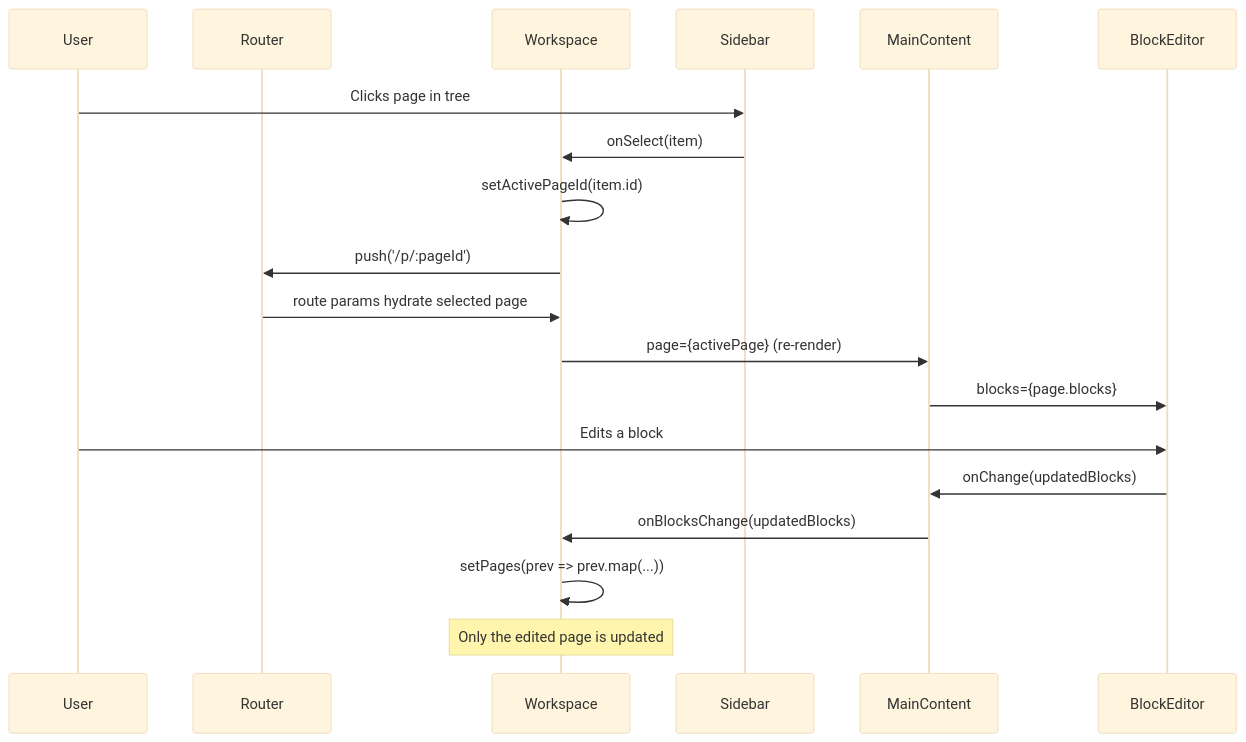
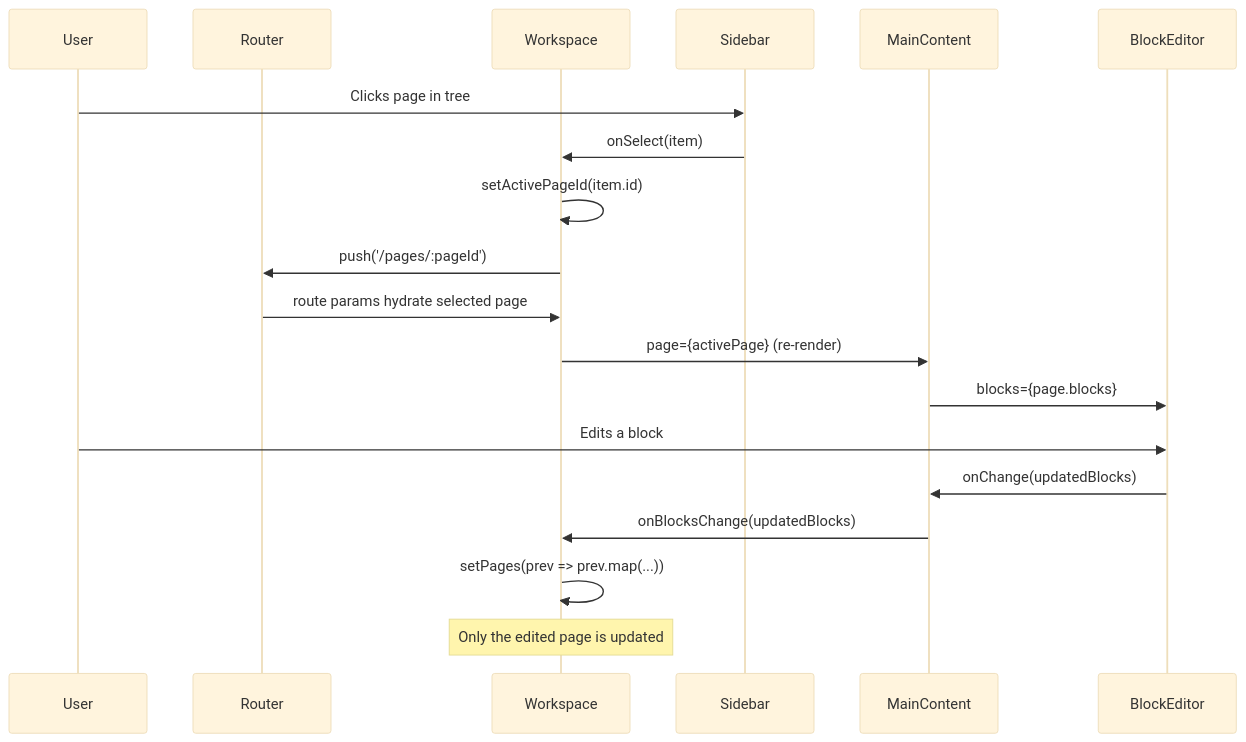
The sixth of 16 diagrams in docs/ARCHITECTURE.md (Ligred/devTree), drawn with Mermaid (base theme) before and after one commit. The commit also changed other lines of this file and 18 other files, not shown here.

````diff
--- a/docs/ARCHITECTURE.md
+++ b/docs/ARCHITECTURE.md
@@ -246,23 +246,23 @@
 ```mermaid
 sequenceDiagram
     participant User
     participant Router
     participant Workspace
     participant Sidebar
     participant MainContent
     participant BlockEditor
 
     User->>Sidebar: Clicks page in tree
     Sidebar->>Workspace: onSelect(item)
     Workspace->>Workspace: setActivePageId(item.id)
-    Workspace->>Router: push('/p/:pageId')
+    Workspace->>Router: push('/pages/:pageId')
     Router->>Workspace: route params hydrate selected page
     Workspace->>MainContent: page={activePage} (re-render)
     MainContent->>BlockEditor: blocks={page.blocks}
 
     User->>BlockEditor: Edits a block
     BlockEditor->>MainContent: onChange(updatedBlocks)
     MainContent->>Workspace: onBlocksChange(updatedBlocks)
     Workspace->>Workspace: setPages(prev => prev.map(...))
     Note over Workspace: Only the edited page is updated
 ```
````
